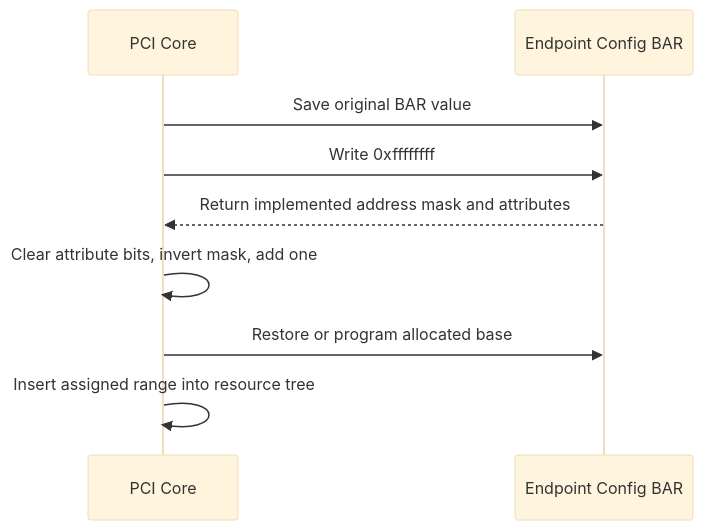
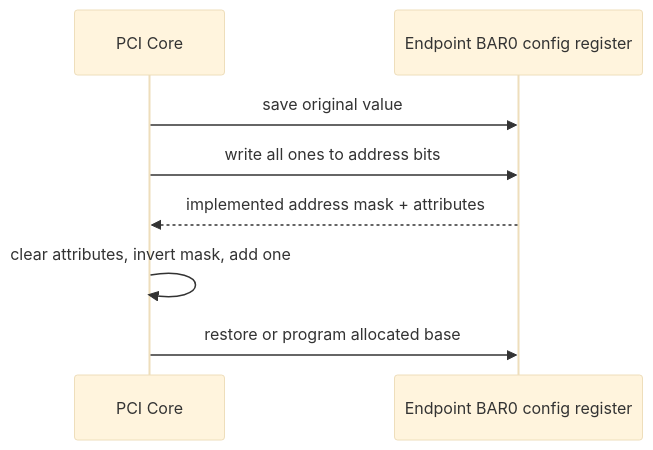
One commit to cdragon-ljl/EEandEdgeAI changed the first of 4 diagrams in docs/articles/pcie/pci-03-bar-resource-atu-mmio.md. Above: the diagram before and after it, drawn with Mermaid (base theme). The commit also changed other lines of this file and 3 other files, not shown here.

````diff
--- a/docs/articles/pcie/pci-03-bar-resource-atu-mmio.md
+++ b/docs/articles/pcie/pci-03-bar-resource-atu-mmio.md
@@ -36,11 +60,10 @@
 ```mermaid
 sequenceDiagram
-    participant K as PCI Core
-    participant C as Endpoint Config BAR
-    K->>C: Save original BAR value
-    K->>C: Write 0xffffffff
-    C-->>K: Return implemented address mask and attributes
-    K->>K: Clear attribute bits, invert mask, add one
-    K->>C: Restore or program allocated base
-    K->>K: Insert assigned range into resource tree
+    participant CORE as PCI Core
+    participant CFG as Endpoint BAR0 config register
+    CORE->>CFG: save original value
+    CORE->>CFG: write all ones to address bits
+    CFG-->>CORE: implemented address mask + attributes
+    CORE->>CORE: clear attributes, invert mask, add one
+    CORE->>CFG: restore or program allocated base
 ```
````
